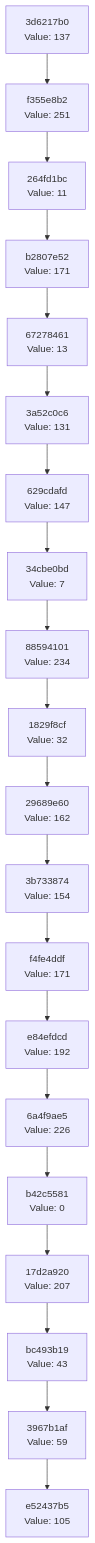
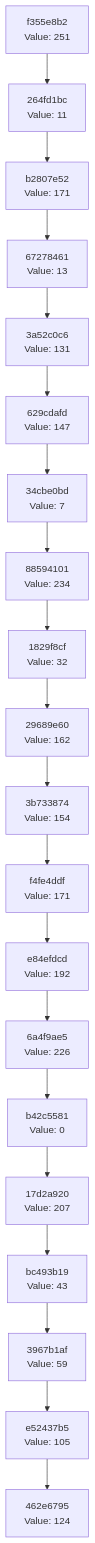
Before and after one commit to Abhisheksinha1506/hash-chain-evolver: the diagram in docs/CHAIN_VISUALIZATION.md, drawn with Mermaid. The commit also changed 3 other files, not shown here.

````diff
--- a/docs/CHAIN_VISUALIZATION.md
+++ b/docs/CHAIN_VISUALIZATION.md
@@ -3,42 +3,42 @@
 ```mermaid
 graph TD
-    C0["e52437b5<br/>Value: 105"]
-    C1["3967b1af<br/>Value: 59"]
+    C0["462e6795<br/>Value: 124"]
+    C1["e52437b5<br/>Value: 105"]
     C1 --> C0
-    C2["bc493b19<br/>Value: 43"]
+    C2["3967b1af<br/>Value: 59"]
     C2 --> C1
-    C3["17d2a920<br/>Value: 207"]
+    C3["bc493b19<br/>Value: 43"]
     C3 --> C2
-    C4["b42c5581<br/>Value: 0"]
+    C4["17d2a920<br/>Value: 207"]
     C4 --> C3
-    C5["6a4f9ae5<br/>Value: 226"]
+    C5["b42c5581<br/>Value: 0"]
     C5 --> C4
-    C6["e84efdcd<br/>Value: 192"]
+    C6["6a4f9ae5<br/>Value: 226"]
     C6 --> C5
-    C7["f4fe4ddf<br/>Value: 171"]
+    C7["e84efdcd<br/>Value: 192"]
     C7 --> C6
-    C8["3b733874<br/>Value: 154"]
+    C8["f4fe4ddf<br/>Value: 171"]
     C8 --> C7
-    C9["29689e60<br/>Value: 162"]
+    C9["3b733874<br/>Value: 154"]
     C9 --> C8
-    C10["1829f8cf<br/>Value: 32"]
+    C10["29689e60<br/>Value: 162"]
     C10 --> C9
-    C11["88594101<br/>Value: 234"]
+    C11["1829f8cf<br/>Value: 32"]
     C11 --> C10
-    C12["34cbe0bd<br/>Value: 7"]
+    C12["88594101<br/>Value: 234"]
     C12 --> C11
-    C13["629cdafd<br/>Value: 147"]
+    C13["34cbe0bd<br/>Value: 7"]
     C13 --> C12
-    C14["3a52c0c6<br/>Value: 131"]
+    C14["629cdafd<br/>Value: 147"]
     C14 --> C13
-    C15["67278461<br/>Value: 13"]
+    C15["3a52c0c6<br/>Value: 131"]
     C15 --> C14
-    C16["b2807e52<br/>Value: 171"]
+    C16["67278461<br/>Value: 13"]
     C16 --> C15
-    C17["264fd1bc<br/>Value: 11"]
+    C17["b2807e52<br/>Value: 171"]
     C17 --> C16
-    C18["f355e8b2<br/>Value: 251"]
+    C18["264fd1bc<br/>Value: 11"]
     C18 --> C17
-    C19["3d6217b0<br/>Value: 137"]
+    C19["f355e8b2<br/>Value: 251"]
     C19 --> C18
 ```
````
